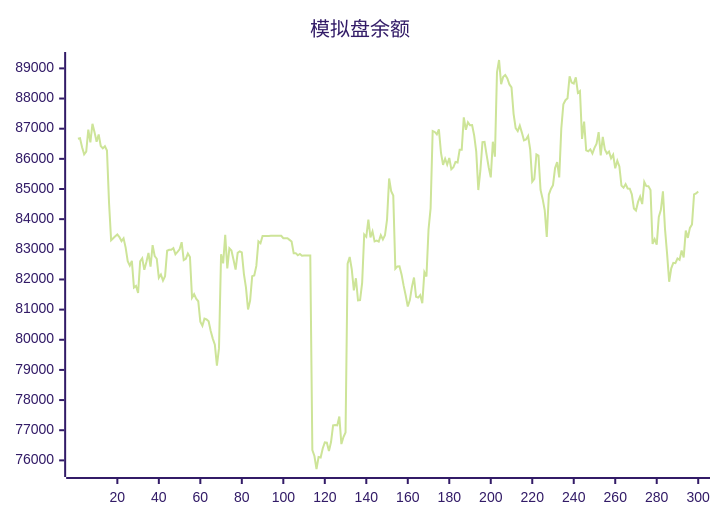
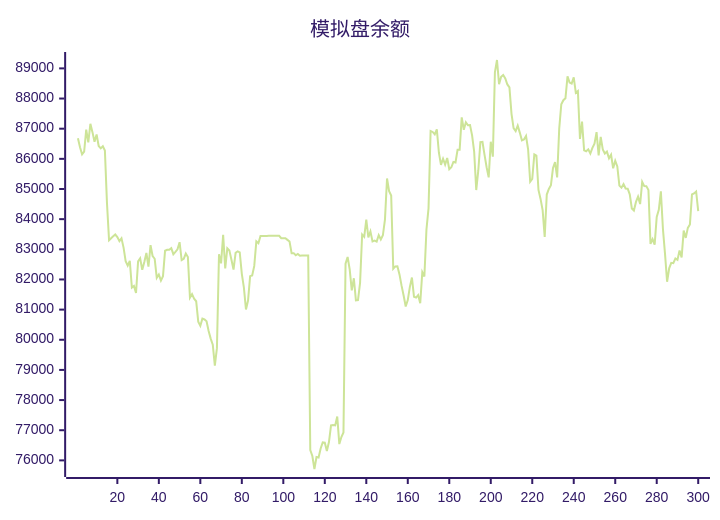
The diagram in README.md (aahl/ai-trading), drawn with Mermaid (forest theme) before and after one commit. The commit also changed other lines of this file and 1 other file, not shown here.

````diff
--- a/README.md
+++ b/README.md
@@ -5,5 +5,5 @@
 ```mermaid
 xychart
     title "模拟盘余额"
-    line [86666,86685,86384,86152,86243,86969,86548,87164,86885,86566,86809,86427,86348,86417,86273,84538,83299,83369,83430,83490,83404,83270,83362,83056,82605,82459,82614,81734,81788,81551,82598,82702,82320,82580,82878,82426,83139,82778,82686,82056,82166,81963,82110,82951,82983,82984,83038,82838,82915,82998,83235,82642,82682,82858,82746,81396,81512,81362,81277,80600,80461,80699,80673,80616,80288,80038,79836,79142,79722,82837,82533,83480,82366,83032,82960,82654,82330,82883,82934,82901,82188,81728,81005,81298,82110,82135,82449,83264,83203,83440,83439,83440,83440,83446,83447,83448,83447,83448,83449,83369,83369,83369,83313,83256,82872,82873,82801,82844,82785,82791,82791,82793,82794,76339,76145,75714,76110,76096,76397,76594,76585,76310,76607,77160,77170,77160,77456,76541,76774,76927,82520,82744,82337,81639,82040,81307,81314,81887,83490,83414,83984,83396,83594,83261,83287,83253,83470,83327,83465,83987,85348,84930,84786,82355,82433,82438,82167,81795,81466,81105,81315,81756,82064,81426,81398,81481,81210,82242,82099,83658,84359,86925,86892,86814,86980,86203,85802,86003,85811,86028,85657,85721,85896,85880,86300,86299,87378,86965,87214,87115,87118,86780,86238,84966,85623,86555,86562,86129,85722,85387,86569,86070,88870,89278,88477,88720,88781,88668,88467,88372,87493,87018,86917,87102,86870,86613,86644,86758,86317,85242,85334,86149,86106,84968,84671,84302,83410,84816,85001,85127,85693,85891,85384,87001,87811,87945,88007,88734,88528,88495,88705,88189,88248,86662,87234,86279,86251,86314,86177,86364,86503,86886,86114,86731,86310,86176,86240,86017,86136,85685,85938,85749,85111,85044,85164,85016,85008,84824,84354,84287,84572,84745,84500,85234,85096,85095,84970,83180,83338,83157,84070,84309,84922,83667,82850,81924,82369,82552,82539,82695,82648,82962,82728,83619,83378,83710,83825,84819,84854,84917]
+    line [86685,86384,86152,86243,86969,86548,87164,86885,86566,86809,86427,86348,86417,86273,84538,83299,83369,83430,83490,83404,83270,83362,83056,82605,82459,82614,81734,81788,81551,82598,82702,82320,82580,82878,82426,83139,82778,82686,82056,82166,81963,82110,82951,82983,82984,83038,82838,82915,82998,83235,82642,82682,82858,82746,81396,81512,81362,81277,80600,80461,80699,80673,80616,80288,80038,79836,79142,79722,82837,82533,83480,82366,83032,82960,82654,82330,82883,82934,82901,82188,81728,81005,81298,82110,82135,82449,83264,83203,83440,83439,83440,83440,83446,83447,83448,83447,83448,83449,83369,83369,83369,83313,83256,82872,82873,82801,82844,82785,82791,82791,82793,82794,76339,76145,75714,76110,76096,76397,76594,76585,76310,76607,77160,77170,77160,77456,76541,76774,76927,82520,82744,82337,81639,82040,81307,81314,81887,83490,83414,83984,83396,83594,83261,83287,83253,83470,83327,83465,83987,85348,84930,84786,82355,82433,82438,82167,81795,81466,81105,81315,81756,82064,81426,81398,81481,81210,82242,82099,83658,84359,86925,86892,86814,86980,86203,85802,86003,85811,86028,85657,85721,85896,85880,86300,86299,87378,86965,87214,87115,87118,86780,86238,84966,85623,86555,86562,86129,85722,85387,86569,86070,88870,89278,88477,88720,88781,88668,88467,88372,87493,87018,86917,87102,86870,86613,86644,86758,86317,85242,85334,86149,86106,84968,84671,84302,83410,84816,85001,85127,85693,85891,85384,87001,87811,87945,88007,88734,88528,88495,88705,88189,88248,86662,87234,86279,86251,86314,86177,86364,86503,86886,86114,86731,86310,86176,86240,86017,86136,85685,85938,85749,85111,85044,85164,85016,85008,84824,84354,84287,84572,84745,84500,85234,85096,85095,84970,83180,83338,83157,84070,84309,84922,83667,82850,81924,82369,82552,82539,82695,82648,82962,82728,83619,83378,83710,83825,84819,84854,84917,84265]
 ```
````
